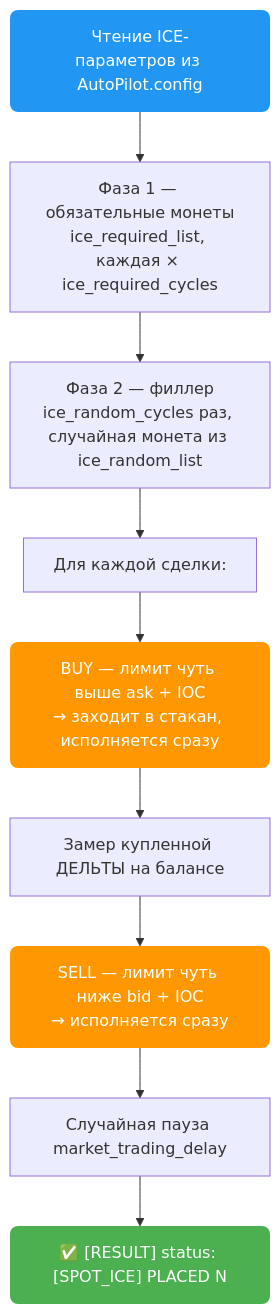
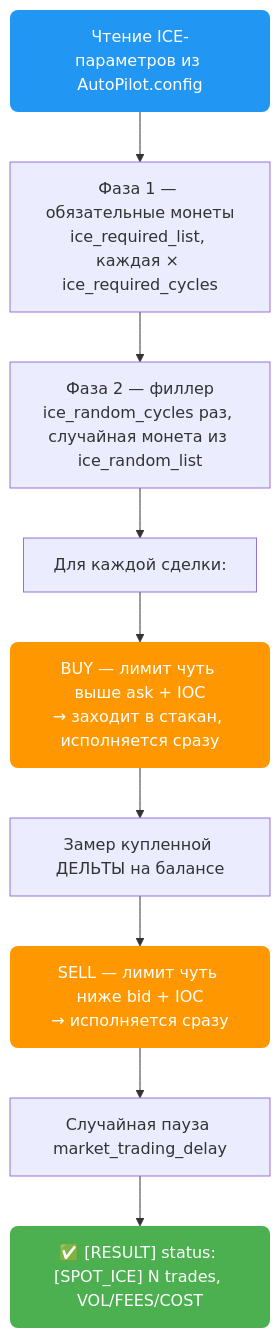
Before and after one commit to AutoPilotSoftware/docs: the first of 5 diagrams in src/content/docs/exchanges/bybit-autopilot/ice.md, drawn with Mermaid. The commit also changed other lines of this file, not shown here.

First line of the commit message:
docs(ice): document dry-run backtest — volume, fees, cost + fix hedge_mode default

````diff
--- a/src/content/docs/exchanges/bybit-autopilot/ice.md
+++ b/src/content/docs/exchanges/bybit-autopilot/ice.md
@@ -45,15 +68,15 @@
 ```mermaid
 flowchart TD
     A["Чтение ICE-параметров из AutoPilot.config"] --> B["Фаза 1 — обязательные монеты<br/>ice_required_list, каждая × ice_required_cycles"]
     B --> C["Фаза 2 — филлер<br/>ice_random_cycles раз, случайная монета из ice_random_list"]
     C --> D["Для каждой сделки:"]
     D --> E["BUY — лимит чуть выше ask + IOC<br/>→ заходит в стакан, исполняется сразу"]
     E --> F["Замер купленной ДЕЛЬТЫ на балансе"]
     F --> G["SELL — лимит чуть ниже bid + IOC<br/>→ исполняется сразу"]
     G --> H["Случайная пауза market_trading_delay"]
-    H --> I["✅ [RESULT] status: [SPOT_ICE] PLACED N"]
+    H --> I["✅ [RESULT] status: [SPOT_ICE] N trades, VOL/FEES/COST"]
     style A fill:#2196F3,color:#fff,stroke:none,rx:8
     style E fill:#FF9800,color:#fff,stroke:none,rx:8
     style G fill:#FF9800,color:#fff,stroke:none,rx:8
     style I fill:#4CAF50,color:#fff,stroke:none,rx:8
 ```
````
